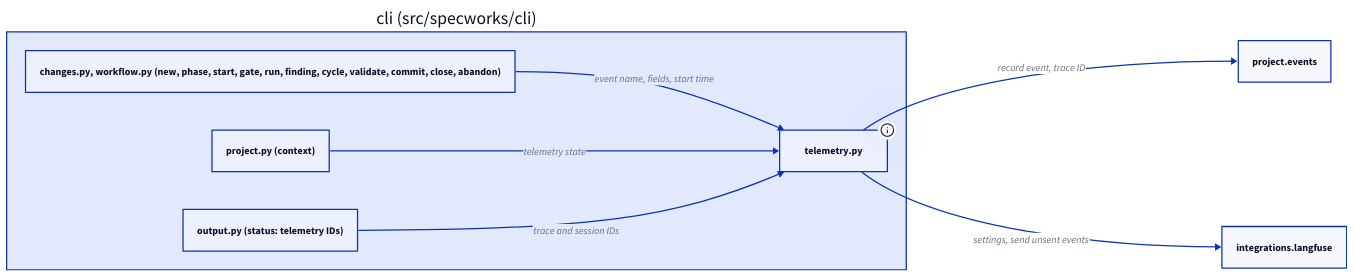
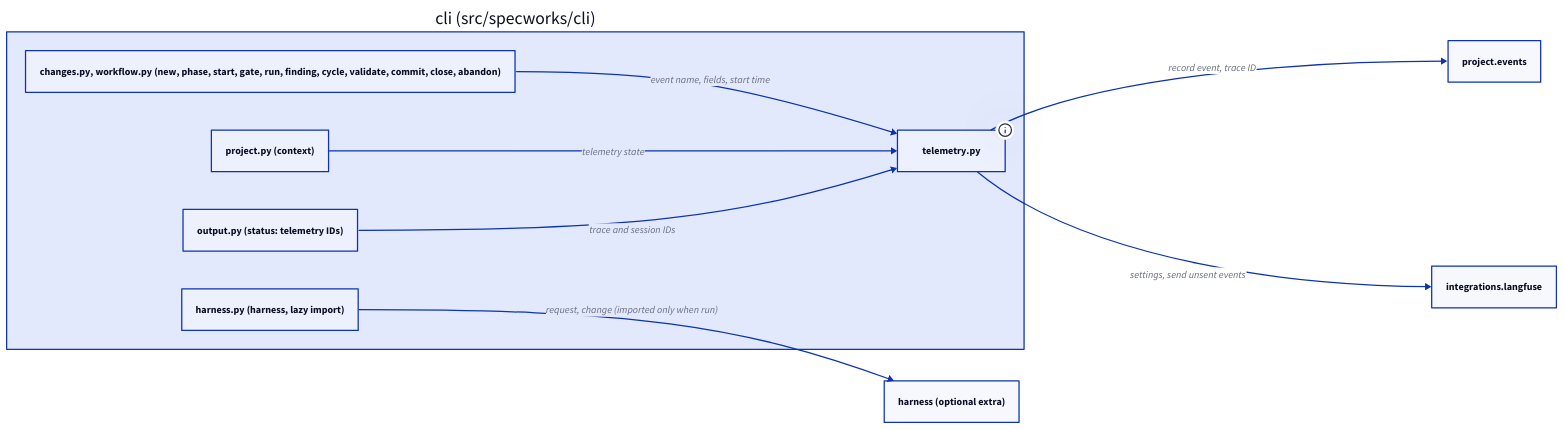
One commit to lcmonteiro/specworks changed the diagram in src/specworks/cli/docs/diagrams/cli-blocks.d2. Above: the diagram before and after it, drawn with D2. The commit also changed 33 other files, not shown here.

```diff
--- a/src/specworks/cli/docs/diagrams/cli-blocks.d2
+++ b/src/specworks/cli/docs/diagrams/cli-blocks.d2
@@ -1,20 +1,23 @@
 direction: right
 
 cli: cli (src/specworks/cli) {
   commands: "changes.py, workflow.py (new, phase, start, gate, run, finding, cycle, validate, commit, close, abandon)"
   telemetry: telemetry.py {
     tooltip: "record, telemetry_state, telemetry_ids, send_after_commit, telemetry push"
   }
   project_cmds: "project.py (context)"
   output: "output.py (status: telemetry IDs)"
+  harness_cmd: "harness.py (harness, lazy import)"
 
   commands -> telemetry: event name, fields, start time
   project_cmds -> telemetry: telemetry state
   output -> telemetry: trace and session IDs
 }
 
 project: project.events
 integrations: integrations.langfuse
+harness: "harness (optional extra)"
 
 cli.telemetry -> project: record event, trace ID
 cli.telemetry -> integrations: settings, send unsent events
+cli.harness_cmd -> harness: "request, change (imported only when run)"
```
